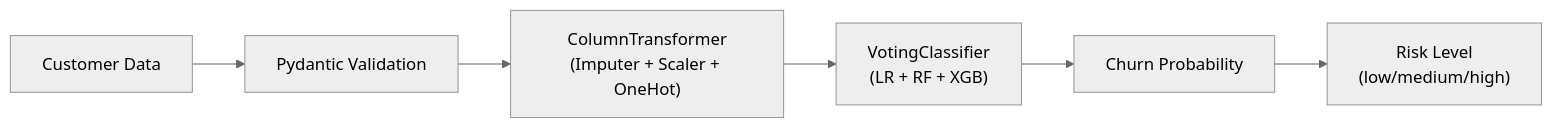
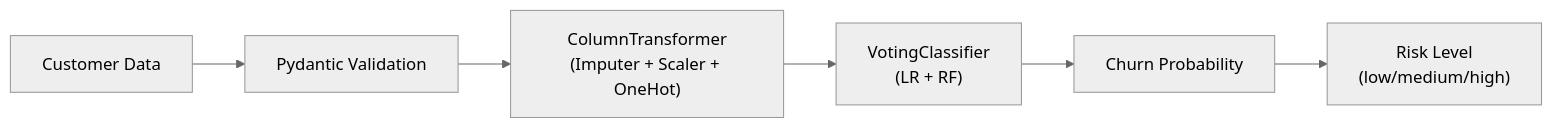
Before and after one commit to DuqueOM/ML-MLOps-Portfolio: the diagram in docs/projects/bankchurn.md, drawn with Mermaid (neutral theme). The commit also changed other lines of this file and 16 other files, not shown here.

````diff
--- a/docs/projects/bankchurn.md
+++ b/docs/projects/bankchurn.md
@@ -128,8 +128,8 @@
 ```mermaid
 graph LR
     INPUT["Customer Data"] --> VAL["Pydantic Validation"]
     VAL --> PRE["ColumnTransformer<br/>(Imputer + Scaler + OneHot)"]
-    PRE --> ENS["VotingClassifier<br/>(LR + RF + XGB)"]
+    PRE --> ENS["VotingClassifier<br/>(LR + RF)"]
     ENS --> PRED["Churn Probability"]
     PRED --> RISK["Risk Level<br/>(low/medium/high)"]
 ```
````
